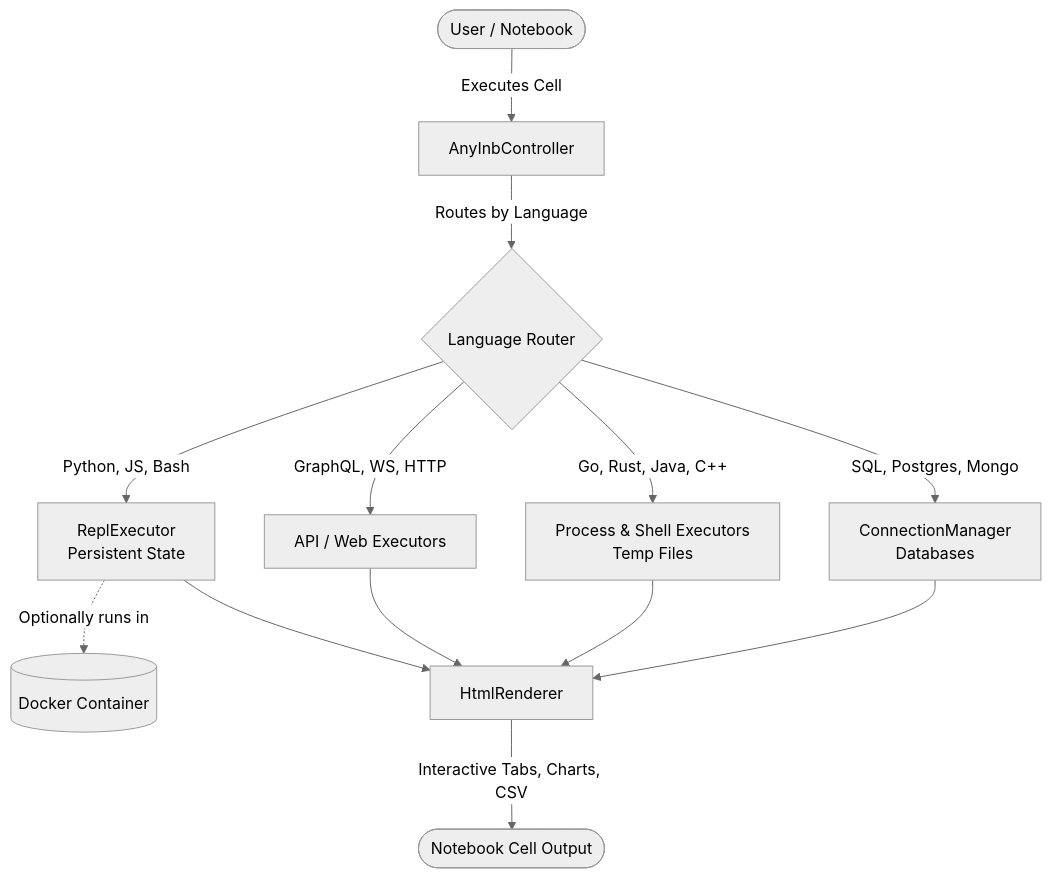
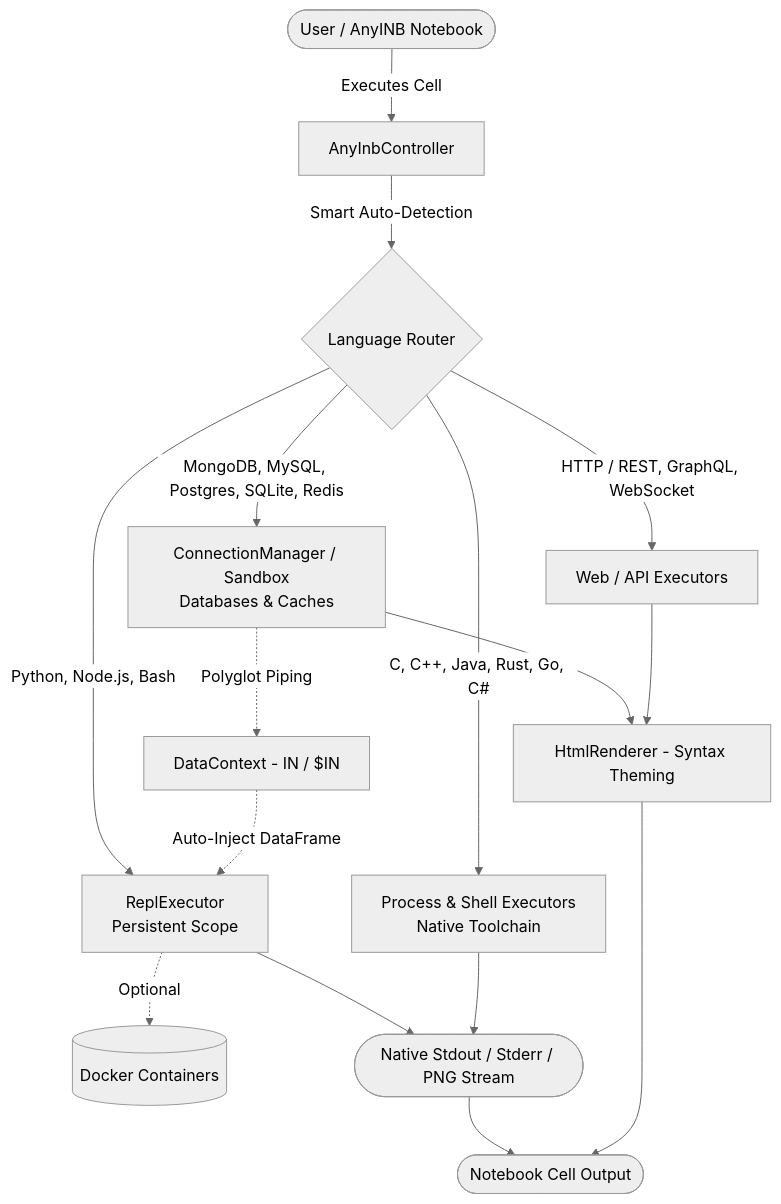
Before and after one commit to tingirikar/AnyINB-vscode-extension: the diagram in README.md, drawn with Mermaid (neutral theme). The commit also changed other lines of this file and 21 other files, not shown here.

Commit message:
feat: complete polyglot notebook with clean .ipynb stream output, smart language auto-detection, and sandbox databases

````diff
--- a/README.md
+++ b/README.md
@@ -25,19 +37,22 @@
 ```mermaid
 graph TD
-    User([User / Notebook]) -->|Executes Cell| Controller[AnyInbController]
-    Controller -->|Routes by Language| Routing{Language Router}
+    User([User / AnyINB Notebook]) -->|Executes Cell| Controller[AnyInbController]
+    Controller -->|Smart Auto-Detection| Router{Language Router}
     
-    Routing -->|Python, JS, Bash| REPL[ReplExecutor<br/>Persistent State]
-    Routing -->|GraphQL, WS, HTTP| Web[API / Web Executors]
-    Routing -->|Go, Rust, Java, C++| Process[Process & Shell Executors<br/>Temp Files]
-    Routing -->|SQL, Postgres, Mongo| DB[ConnectionManager<br/>Databases]
+    Router -->|Python, Node.js, Bash| REPL[ReplExecutor<br/>Persistent Scope]
+    Router -->|C, C++, Java, Rust, Go, C#| Process[Process & Shell Executors<br/>Native Toolchain]
+    Router -->|MongoDB, MySQL, Postgres, SQLite, Redis| DB[ConnectionManager / Sandbox<br/>Databases & Caches]
+    Router -->|HTTP / REST, GraphQL, WebSocket| API[Web / API Executors]
     
-    REPL -.->|Optionally runs in| Docker[(Docker Container)]
+    REPL -.->|Optional| Docker[(Docker Containers)]
+    DB -.->|Polyglot Piping| DataCtx[DataContext - IN / $IN]
+    DataCtx -.->|Auto-Inject DataFrame| REPL
     
-    REPL --> HTML[HtmlRenderer]
-    Web --> HTML
-    Process --> HTML
-    DB --> HTML
+    REPL --> Stream([Native Stdout / Stderr / PNG Stream])
+    Process --> Stream
+    DB --> HTML[HtmlRenderer - Syntax Theming]
+    API --> HTML
     
-    HTML -->|Interactive Tabs, Charts, CSV| Output([Notebook Cell Output])
+    Stream --> Output([Notebook Cell Output])
+    HTML --> Output
 ```
````
